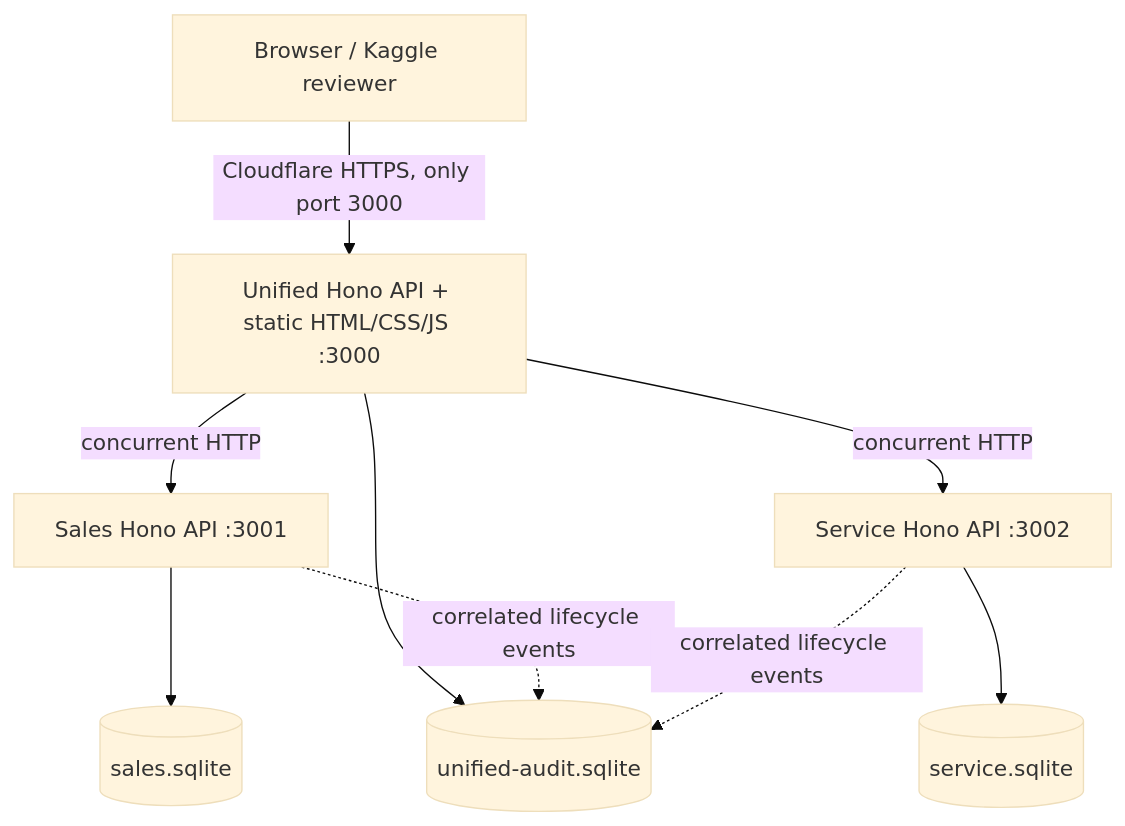
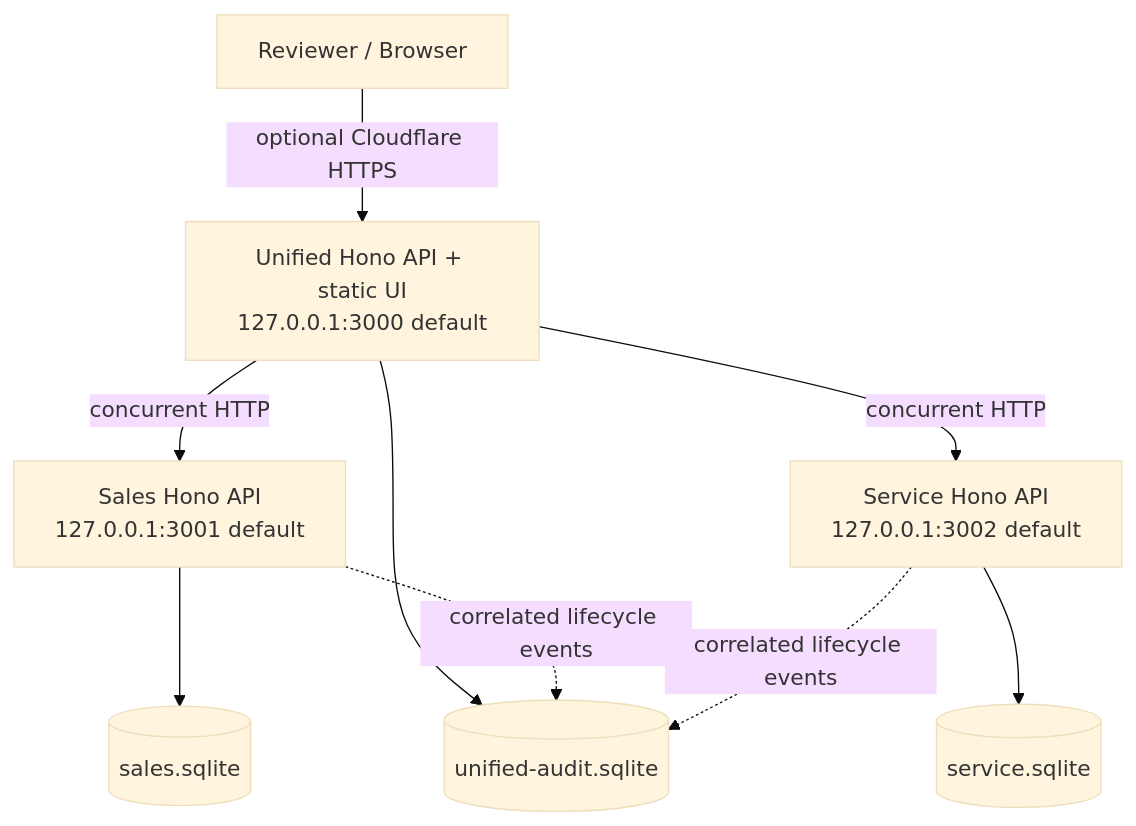
One commit to dangkhoa2016/Keyloop-Scenario-D-Unified-Document-Viewer changed the diagram in docs/SYSTEM-DESIGN.md. Above: the diagram before and after it, drawn with Mermaid (base theme). The commit also changed other lines of this file and 13 other files, not shown here.

````diff
--- a/docs/SYSTEM-DESIGN.md
+++ b/docs/SYSTEM-DESIGN.md
@@ -11,11 +111,19 @@
 ```mermaid
 flowchart TD
-  Browser[Browser / Kaggle reviewer] -->|Cloudflare HTTPS, only port 3000| U[Unified Hono API + static HTML/CSS/JS :3000]
-  U -->|concurrent HTTP| S[Sales Hono API :3001]
-  U -->|concurrent HTTP| V[Service Hono API :3002]
-  S --> SD[(sales.sqlite)]
-  V --> VD[(service.sqlite)]
-  U --> AD[(unified-audit.sqlite)]
-  S -. correlated lifecycle events .-> AD
-  V -. correlated lifecycle events .-> AD
+    R[Reviewer / Browser]
+    U[Unified Hono API + static UI\n127.0.0.1:3000 default]
+    S[Sales Hono API\n127.0.0.1:3001 default]
+    V[Service Hono API\n127.0.0.1:3002 default]
+    SDB[(sales.sqlite)]
+    VDB[(service.sqlite)]
+    ADB[(unified-audit.sqlite)]
+
+    R -->|optional Cloudflare HTTPS| U
+    U -->|concurrent HTTP| S
+    U -->|concurrent HTTP| V
+    S --> SDB
+    V --> VDB
+    U --> ADB
+    S -. correlated lifecycle events .-> ADB
+    V -. correlated lifecycle events .-> ADB
 ```
````
